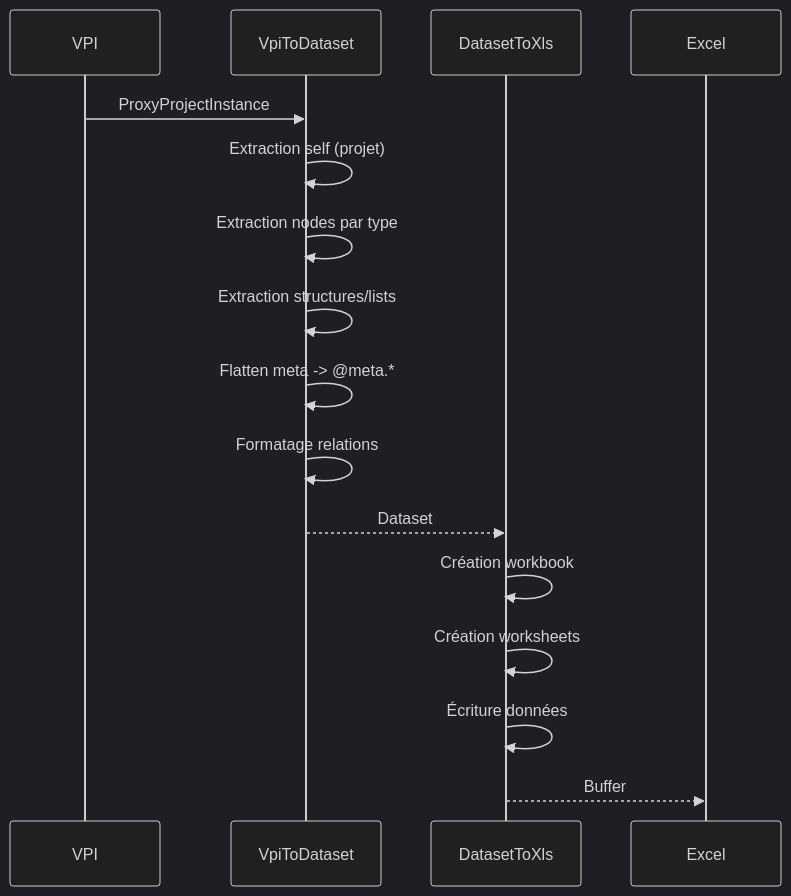
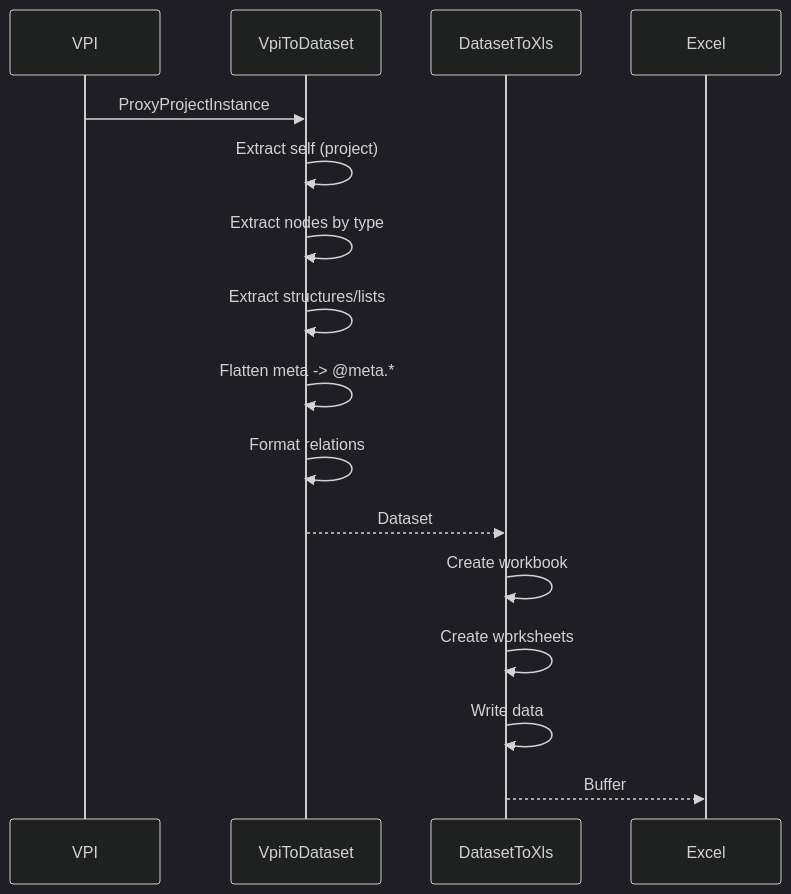
Before and after one commit to infrasoftbe/vnv-doc: the fourth of 13 diagrams in vnv-doc-content/blog/posts/Validation procedures.md, drawn with Mermaid (dark theme). The commit also changed other lines of this file and 9 other files, not shown here.

````diff
--- a/vnv-doc-content/blog/posts/Validation procedures.md
+++ b/vnv-doc-content/blog/posts/Validation procedures.md
@@ -173,22 +173,22 @@
 ```mermaid
 sequenceDiagram
     participant VPI
     participant Engine as VpiToDataset
     participant Parser as DatasetToXls
     participant Excel
 
     VPI->>Engine: ProxyProjectInstance
-    Engine->>Engine: Extraction self (projet)
-    Engine->>Engine: Extraction nodes par type
-    Engine->>Engine: Extraction structures/lists
+    Engine->>Engine: Extract self (project)
+    Engine->>Engine: Extract nodes by type
+    Engine->>Engine: Extract structures/lists
     Engine->>Engine: Flatten meta -> @meta.*
-    Engine->>Engine: Formatage relations
+    Engine->>Engine: Format relations
     
     Engine-->>Parser: Dataset
     
-    Parser->>Parser: Création workbook
-    Parser->>Parser: Création worksheets
-    Parser->>Parser: Écriture données
+    Parser->>Parser: Create workbook
+    Parser->>Parser: Create worksheets
+    Parser->>Parser: Write data
     
     Parser-->>Excel: Buffer
 ```
````
